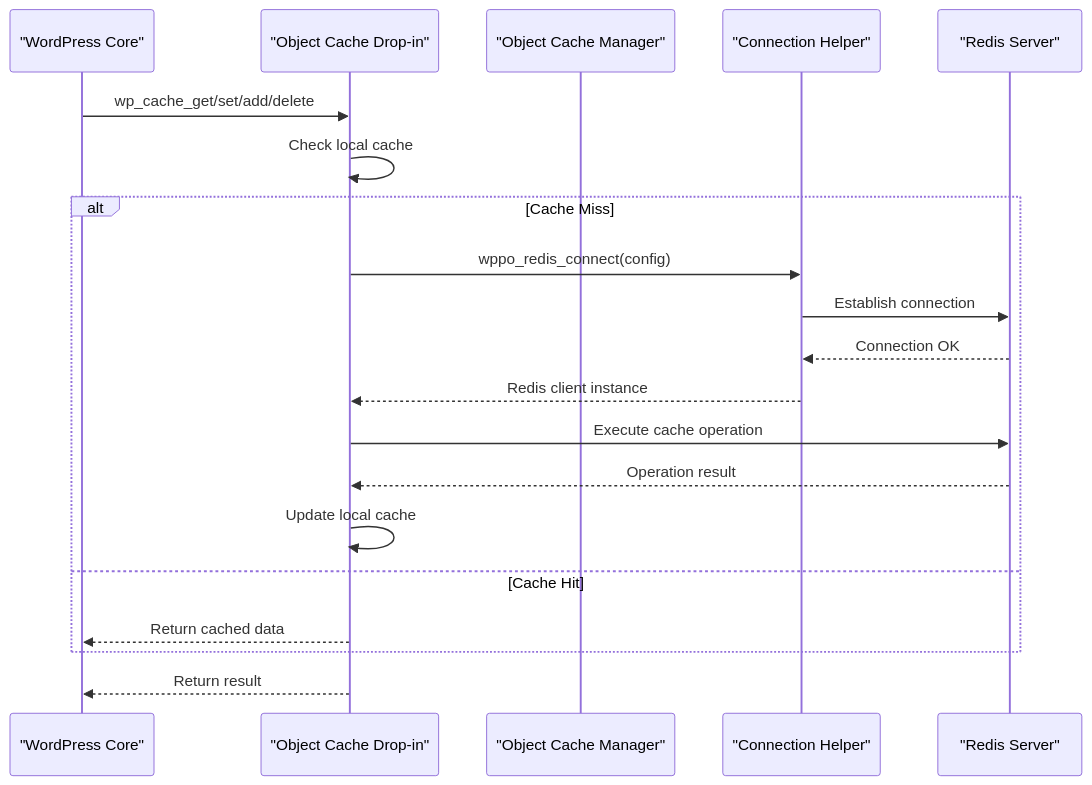
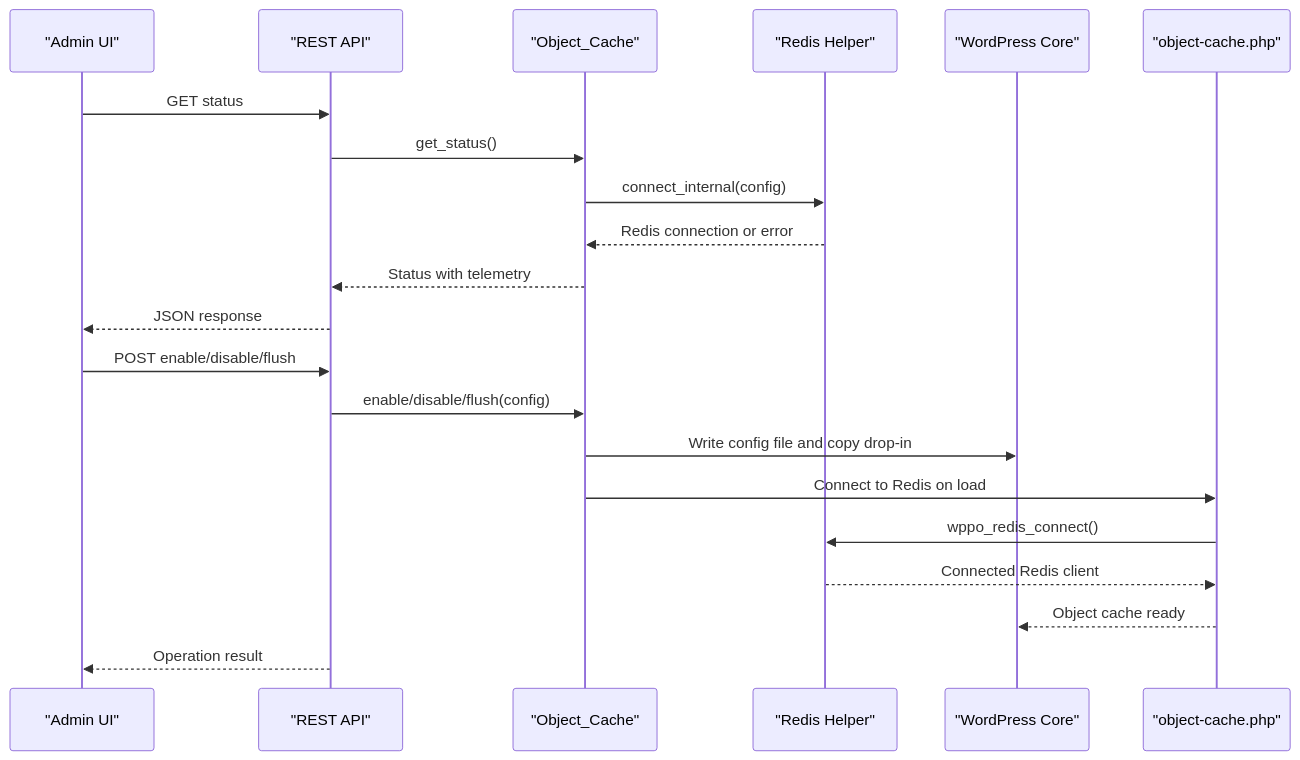
One commit to nilesh32236/performance-optimisation changed the second of 7 diagrams in .qoder/repowiki/en/content/Advanced Features/Object Cache Integration.md. Above: the diagram before and after it, drawn with Mermaid. The commit also changed other lines of this file and 46 other files, not shown here.

````diff
--- a/.qoder/repowiki/en/content/Advanced Features/Object Cache Integration.md
+++ b/.qoder/repowiki/en/content/Advanced Features/Object Cache Integration.md
@@ -104,22 +99,23 @@
 ```mermaid
 sequenceDiagram
+participant Admin as "Admin UI"
+participant REST as "REST API"
+participant Manager as "Object_Cache"
+participant Helper as "Redis Helper"
 participant WP as "WordPress Core"
-participant DropIn as "Object Cache Drop-in"
-participant Manager as "Object Cache Manager"
-participant Helper as "Connection Helper"
-participant Redis as "Redis Server"
-WP->>DropIn : wp_cache_get/set/add/delete
-DropIn->>DropIn : Check local cache
-alt Cache Miss
-DropIn->>Helper : wppo_redis_connect(config)
-Helper->>Redis : Establish connection
-Redis-->>Helper : Connection OK
-Helper-->>DropIn : Redis client instance
-DropIn->>Redis : Execute cache operation
-Redis-->>DropIn : Operation result
-DropIn->>DropIn : Update local cache
-else Cache Hit
-DropIn-->>WP : Return cached data
-end
-DropIn-->>WP : Return result
+participant Dropin as "object-cache.php"
+Admin->>REST : GET status
+REST->>Manager : get_status()
+Manager->>Helper : connect_internal(config)
+Helper-->>Manager : Redis connection or error
+Manager-->>REST : Status with telemetry
+REST-->>Admin : JSON response
+Admin->>REST : POST enable/disable/flush
+REST->>Manager : enable/disable/flush(config)
+Manager->>WP : Write config file and copy drop-in
+Manager->>Dropin : Connect to Redis on load
+Dropin->>Helper : wppo_redis_connect()
+Helper-->>Dropin : Connected Redis client
+Dropin-->>WP : Object cache ready
+REST-->>Admin : Operation result
 ```
````
